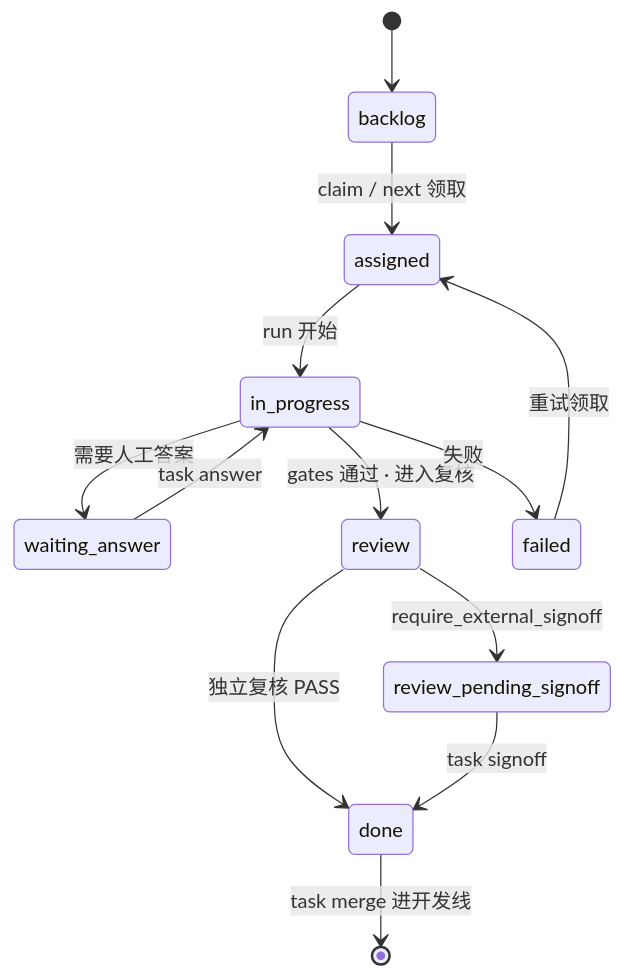
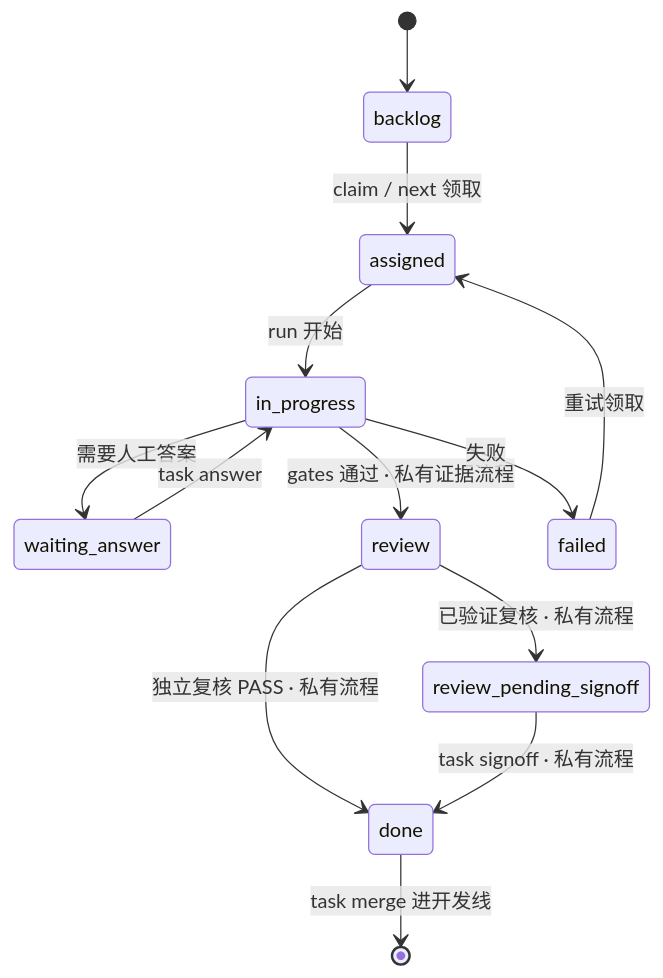
Before and after one commit to DandreYang/DyroEngineeringFlow: the diagram in docs/images/diagrams/src/zh/03-task-state-machine.mmd, drawn with Mermaid. The commit also changed 41 other files, not shown here.

```diff
--- a/docs/images/diagrams/src/zh/03-task-state-machine.mmd
+++ b/docs/images/diagrams/src/zh/03-task-state-machine.mmd
@@ -1,13 +1,13 @@
 stateDiagram-v2
   [*] --> backlog
   backlog --> assigned: claim / next 领取
   assigned --> in_progress: run 开始
   in_progress --> waiting_answer: 需要人工答案
   waiting_answer --> in_progress: task answer
-  in_progress --> review: gates 通过 · 进入复核
+  in_progress --> review: gates 通过 · 私有证据流程
   in_progress --> failed: 失败
   failed --> assigned: 重试领取
-  review --> review_pending_signoff: require_external_signoff
-  review --> done: 独立复核 PASS
-  review_pending_signoff --> done: task signoff
+  review --> review_pending_signoff: 已验证复核 · 私有流程
+  review --> done: 独立复核 PASS · 私有流程
+  review_pending_signoff --> done: task signoff · 私有流程
   done --> [*]: task merge 进开发线
```
